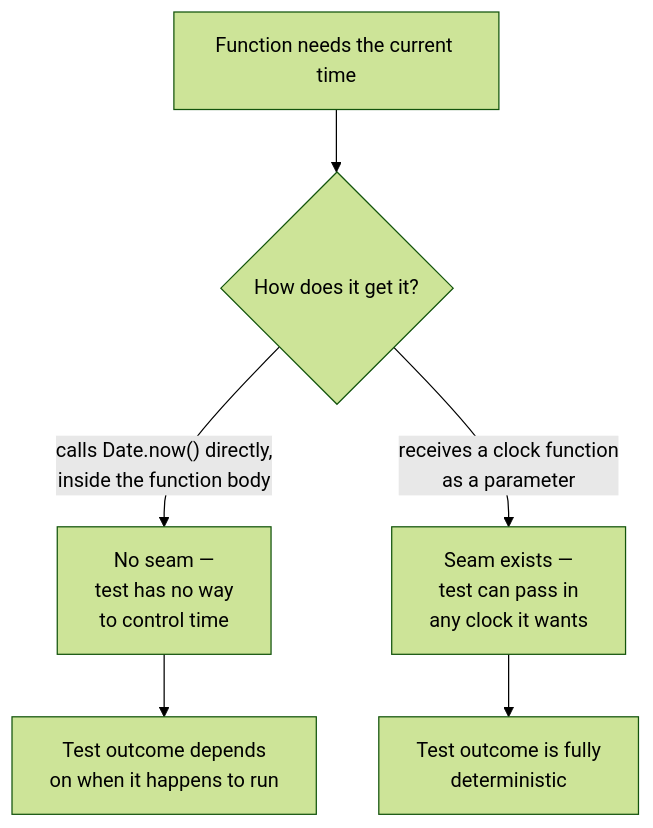
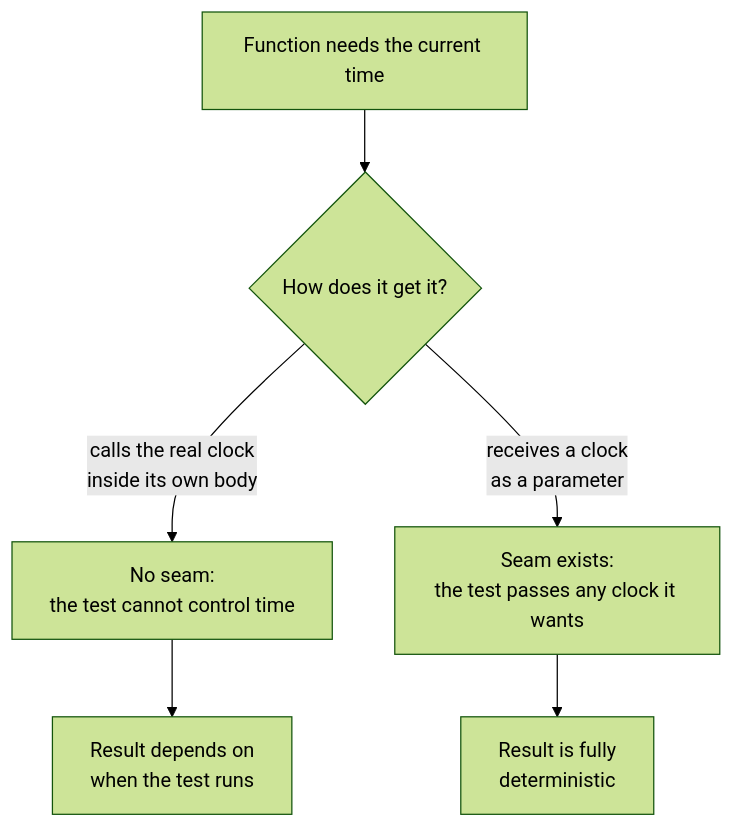
Before and after one commit to francoandreDev/knowledge: the first of 2 diagrams in src/content/testing-quality/test-doubles/L2-concept.mdx, drawn with Mermaid (forest theme). The commit also changed other lines of this file and 16 other files, not shown here.

````diff
--- a/src/content/testing-quality/test-doubles/L2-concept.mdx
+++ b/src/content/testing-quality/test-doubles/L2-concept.mdx
@@ -28,8 +30,8 @@
 ```mermaid
 flowchart TD
     A["Function needs the current time"] --> B{"How does it get it?"}
-    B -->|"calls Date.now() directly,\ninside the function body"| C["No seam —\ntest has no way\nto control time"]
-    B -->|"receives a clock function\nas a parameter"| D["Seam exists —\ntest can pass in\nany clock it wants"]
-    C --> E["Test outcome depends\non when it happens to run"]
-    D --> F["Test outcome is fully\ndeterministic"]
+    B -->|"calls the real clock<br/>inside its own body"| C["No seam:<br/>the test cannot control time"]
+    B -->|"receives a clock<br/>as a parameter"| D["Seam exists:<br/>the test passes any clock it wants"]
+    C --> E["Result depends on<br/>when the test runs"]
+    D --> F["Result is fully<br/>deterministic"]
 ```
````
